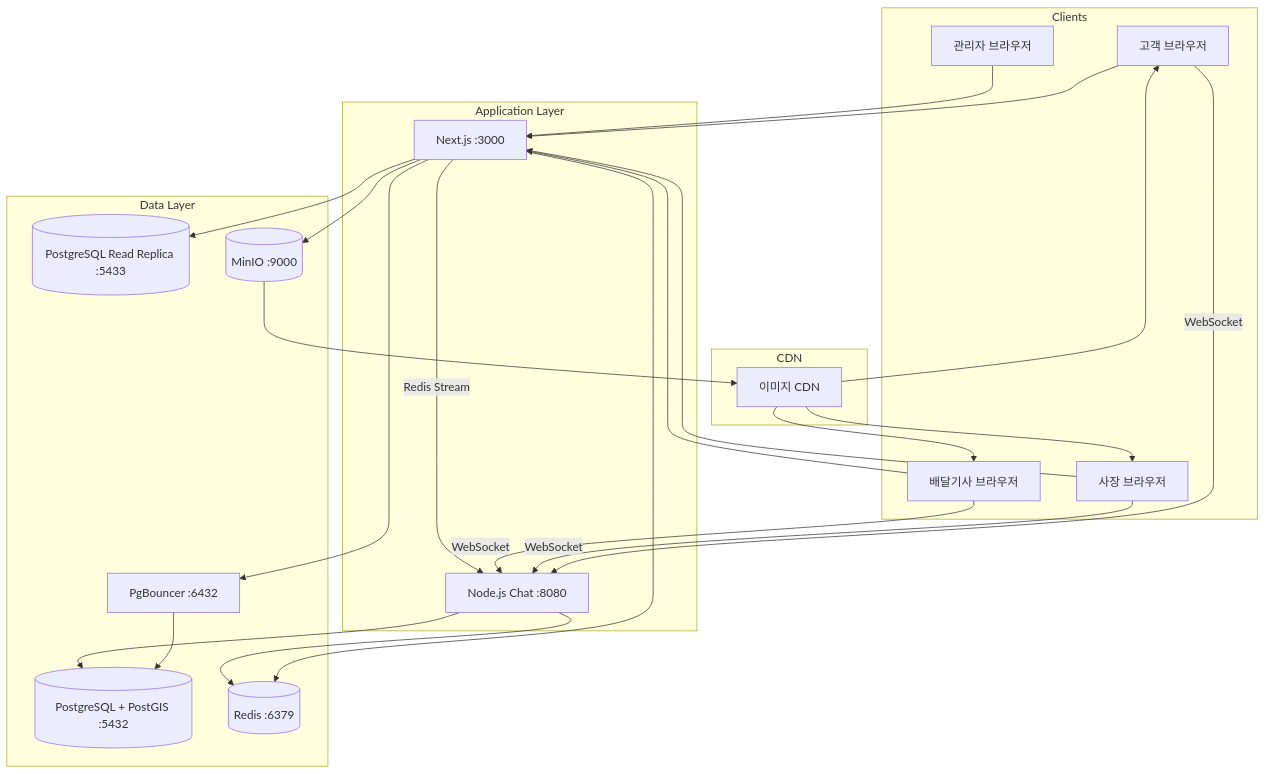
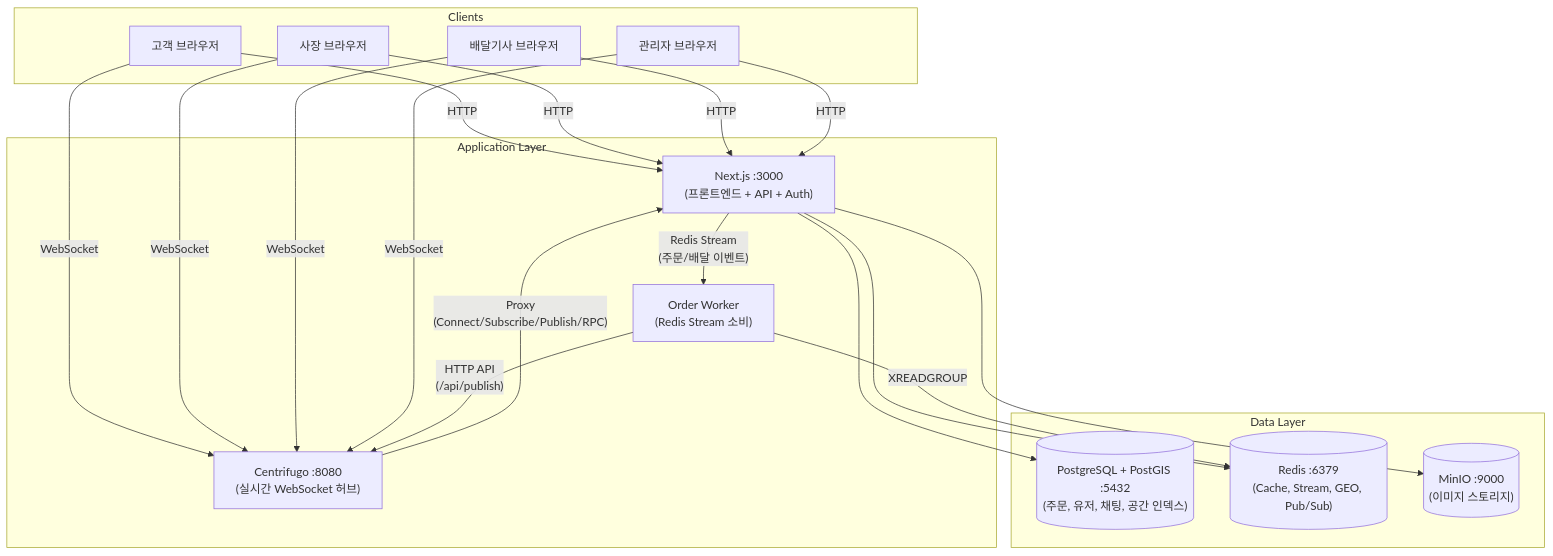
The first of 6 diagrams in docs/architecture.md (JunPyo0117/B-Delivery), drawn with Mermaid before and after one commit. The commit also changed other lines of this file, not shown here.

First line of the commit message:
WIP(arch): 아키텍처 v3 — Socket.IO → Centrifugo Proxy 패턴 전환

````diff
--- a/docs/architecture.md
+++ b/docs/architecture.md
@@ -5,41 +5,34 @@
 ```mermaid
 graph TB
     subgraph Clients
         Customer[고객 브라우저]
         Owner[사장 브라우저]
         Rider[배달기사 브라우저]
         Admin[관리자 브라우저]
     end
 
-    subgraph CDN
-        ImgCDN[이미지 CDN]
-    end
-
     subgraph "Application Layer"
-        WebApp[Next.js :3000]
-        ChatServer[Node.js Chat :8080]
+        WebApp["Next.js :3000<br/>(프론트엔드 + API + Auth)"]
+        Centrifugo["Centrifugo :8080<br/>(실시간 WebSocket 허브)"]
+        Worker["Order Worker<br/>(Redis Stream 소비)"]
     end
 
     subgraph "Data Layer"
-        Postgres[(PostgreSQL + PostGIS :5432)]
-        PgRead[(PostgreSQL Read Replica :5433)]
-        PgBouncer[PgBouncer :6432]
-        Redis[(Redis :6379)]
-        MinIO[(MinIO :9000)]
+        Postgres[("PostgreSQL + PostGIS :5432<br/>(주문, 유저, 채팅, 공간 인덱스)")]
+        Redis[("Redis :6379<br/>(Cache, Stream, GEO, Pub/Sub)")]
+        MinIO[("MinIO :9000<br/>(이미지 스토리지)")]
     end
 
-    Customer & Owner & Rider & Admin --> WebApp
-    Customer & Owner & Rider -->|WebSocket| ChatServer
+    Customer & Owner & Rider & Admin -->|HTTP| WebApp
+    Customer & Owner & Rider & Admin -->|WebSocket| Centrifugo
 
-    WebApp --> PgBouncer --> Postgres
-    WebApp --> PgRead
+    Centrifugo -->|"Proxy<br/>(Connect/Subscribe/Publish/RPC)"| WebApp
+
+    WebApp --> Postgres
     WebApp --> Redis
     WebApp --> MinIO
-    WebApp -->|Redis Stream| ChatServer
+    WebApp -->|"Redis Stream<br/>(주문/배달 이벤트)"| Worker
 
-    ChatServer --> Redis
-    ChatServer --> Postgres
-
-    MinIO --> ImgCDN
-    ImgCDN --> Customer & Owner & Rider
+    Worker -->|XREADGROUP| Redis
+    Worker -->|"HTTP API<br/>(/api/publish)"| Centrifugo
 ```
````
